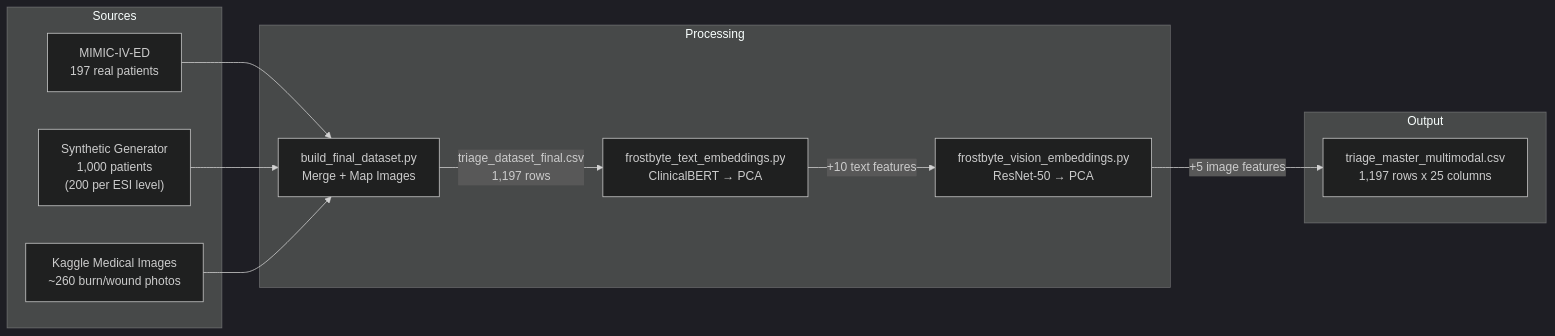
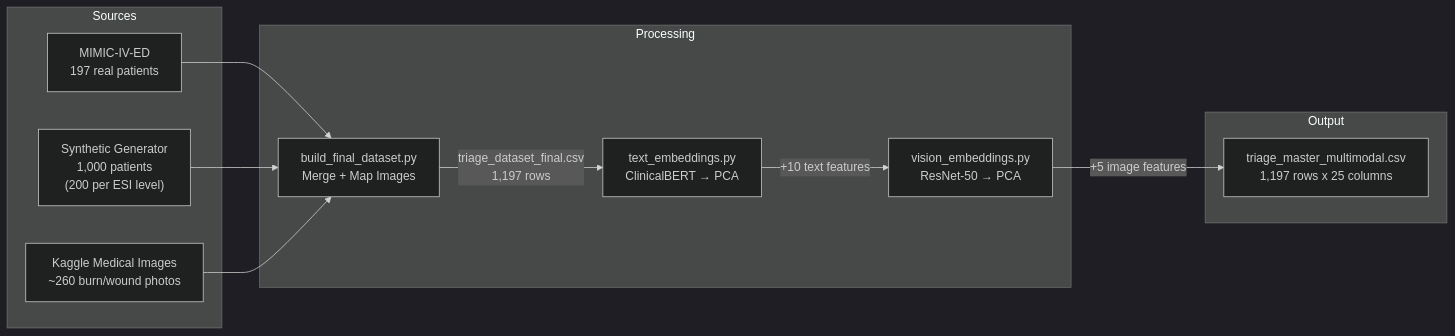
Before and after one commit to Arshgill01/Multimodal-AI-Triage-Assistant: the third of 6 diagrams in README.md, drawn with Mermaid (dark theme). The commit also changed other lines of this file, not shown here.

````diff
--- a/README.md
+++ b/README.md
@@ -133,25 +133,25 @@
 ```mermaid
 flowchart LR
     subgraph Sources
         MIMIC["MIMIC-IV-ED<br/>197 real patients"]
         SYN["Synthetic Generator<br/>1,000 patients<br/>(200 per ESI level)"]
         IMG["Kaggle Medical Images<br/>~260 burn/wound photos"]
     end
 
     subgraph Processing
         MERGE["build_final_dataset.py<br/>Merge + Map Images"]
-        TEXT["frostbyte_text_embeddings.py<br/>ClinicalBERT → PCA"]
-        VIS["frostbyte_vision_embeddings.py<br/>ResNet-50 → PCA"]
+        TEXT["text_embeddings.py<br/>ClinicalBERT → PCA"]
+        VIS["vision_embeddings.py<br/>ResNet-50 → PCA"]
     end
 
     subgraph Output
         CSV["triage_master_multimodal.csv<br/>1,197 rows x 25 columns"]
     end
 
     MIMIC --> MERGE
     SYN --> MERGE
     IMG --> MERGE
     MERGE -->|"triage_dataset_final.csv<br/>1,197 rows"| TEXT
     TEXT -->|"+10 text features"| VIS
     VIS -->|"+5 image features"| CSV
 ```
````
